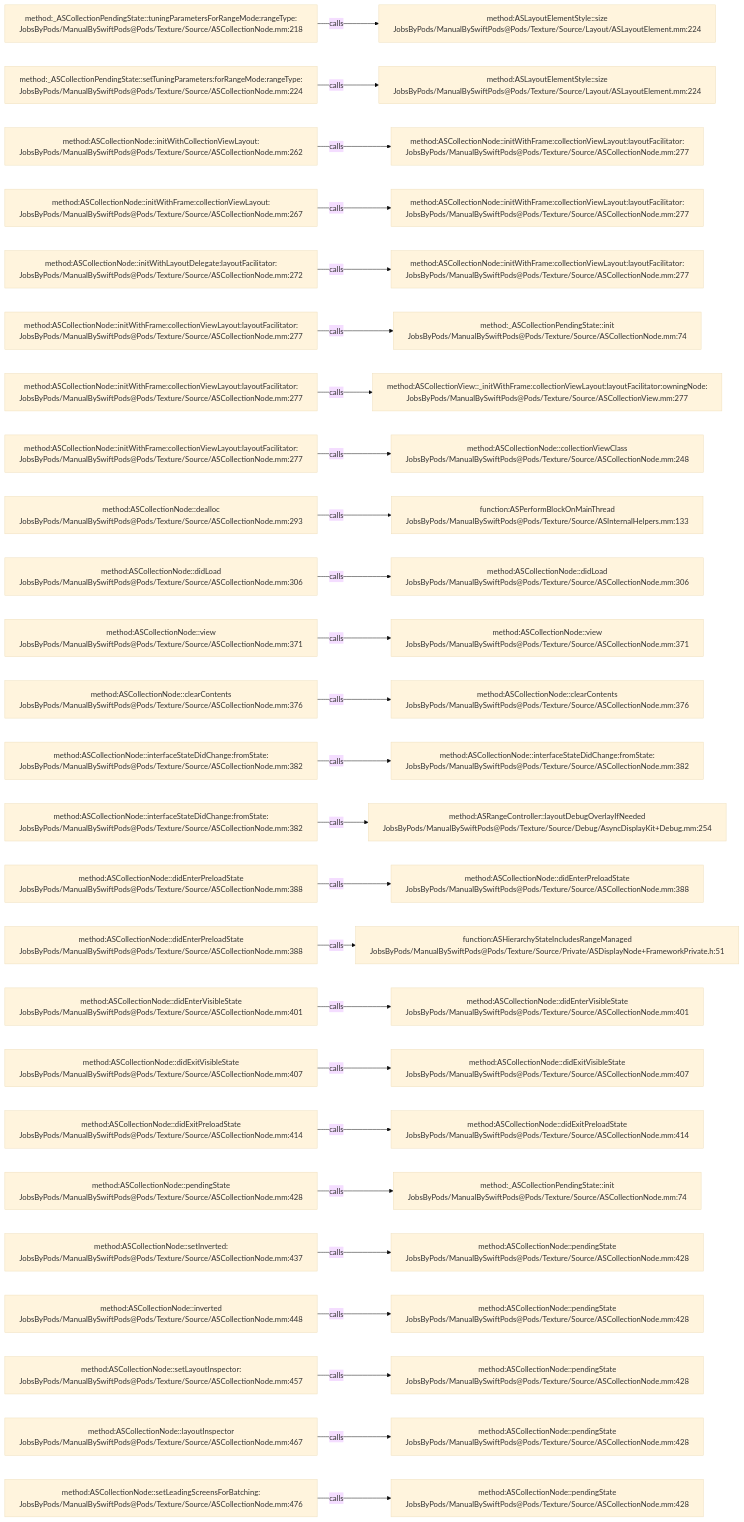
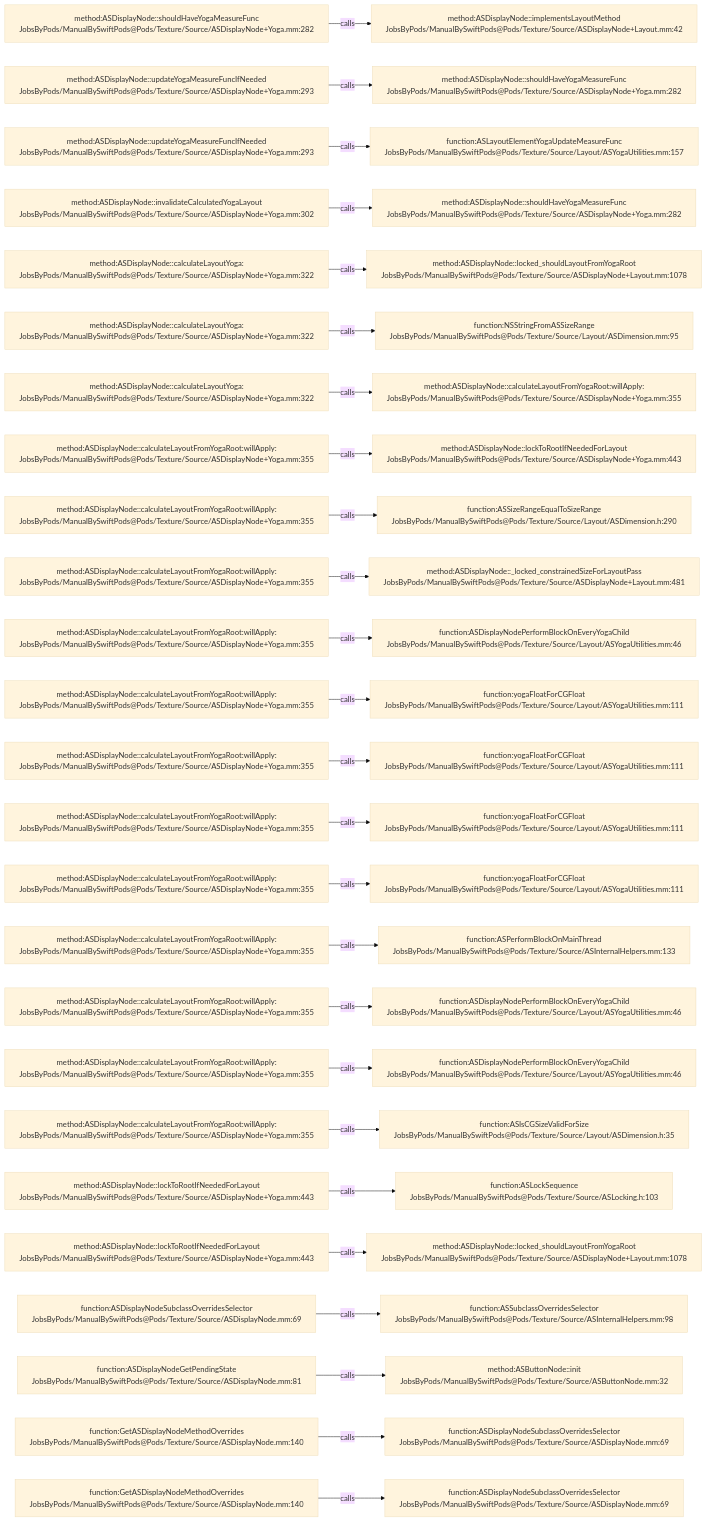
Before and after one commit to JobsKits/JobsSwiftBaseConfigDemo: the diagram in .codegraph/codegraph.md/graphs/calls-026.md, drawn with Mermaid (base theme). The commit also changed 832 other files, not shown here.

````diff
--- a/.codegraph/codegraph.md/graphs/calls-026.md
+++ b/.codegraph/codegraph.md/graphs/calls-026.md
@@ -13,78 +13,78 @@
 ```mermaid
 flowchart LR
-  S1["method:_ASCollectionPendingState::tuningParametersForRangeMode:rangeType:<br/>JobsByPods/ManualBySwiftPods@Pods/Texture/Source/ASCollectionNode.mm:218"]
-  T1["method:ASLayoutElementStyle::size<br/>JobsByPods/ManualBySwiftPods@Pods/Texture/Source/Layout/ASLayoutElement.mm:224"]
+  S1["method:ASDisplayNode::shouldHaveYogaMeasureFunc<br/>JobsByPods/ManualBySwiftPods@Pods/Texture/Source/ASDisplayNode+Yoga.mm:282"]
+  T1["method:ASDisplayNode::implementsLayoutMethod<br/>JobsByPods/ManualBySwiftPods@Pods/Texture/Source/ASDisplayNode+Layout.mm:42"]
   S1 -->|calls| T1
-  S2["method:_ASCollectionPendingState::setTuningParameters:forRangeMode:rangeType:<br/>JobsByPods/ManualBySwiftPods@Pods/Texture/Source/ASCollectionNode.mm:224"]
-  T2["method:ASLayoutElementStyle::size<br/>JobsByPods/ManualBySwiftPods@Pods/Texture/Source/Layout/ASLayoutElement.mm:224"]
+  S2["method:ASDisplayNode::updateYogaMeasureFuncIfNeeded<br/>JobsByPods/ManualBySwiftPods@Pods/Texture/Source/ASDisplayNode+Yoga.mm:293"]
+  T2["method:ASDisplayNode::shouldHaveYogaMeasureFunc<br/>JobsByPods/ManualBySwiftPods@Pods/Texture/Source/ASDisplayNode+Yoga.mm:282"]
   S2 -->|calls| T2
-  S3["method:ASCollectionNode::initWithCollectionViewLayout:<br/>JobsByPods/ManualBySwiftPods@Pods/Texture/Source/ASCollectionNode.mm:262"]
-  T3["method:ASCollectionNode::initWithFrame:collectionViewLayout:layoutFacilitator:<br/>JobsByPods/ManualBySwiftPods@Pods/Texture/Source/ASCollectionNode.mm:277"]
+  S3["method:ASDisplayNode::updateYogaMeasureFuncIfNeeded<br/>JobsByPods/ManualBySwiftPods@Pods/Texture/Source/ASDisplayNode+Yoga.mm:293"]
+  T3["function:ASLayoutElementYogaUpdateMeasureFunc<br/>JobsByPods/ManualBySwiftPods@Pods/Texture/Source/Layout/ASYogaUtilities.mm:157"]
   S3 -->|calls| T3
-  S4["method:ASCollectionNode::initWithFrame:collectionViewLayout:<br/>JobsByPods/ManualBySwiftPods@Pods/Texture/Source/ASCollectionNode.mm:267"]
-  T4["method:ASCollectionNode::initWithFrame:collectionViewLayout:layoutFacilitator:<br/>JobsByPods/ManualBySwiftPods@Pods/Texture/Source/ASCollectionNode.mm:277"]
+  S4["method:ASDisplayNode::invalidateCalculatedYogaLayout<br/>JobsByPods/ManualBySwiftPods@Pods/Texture/Source/ASDisplayNode+Yoga.mm:302"]
+  T4["method:ASDisplayNode::shouldHaveYogaMeasureFunc<br/>JobsByPods/ManualBySwiftPods@Pods/Texture/Source/ASDisplayNode+Yoga.mm:282"]
   S4 -->|calls| T4
-  S5["method:ASCollectionNode::initWithLayoutDelegate:layoutFacilitator:<br/>JobsByPods/ManualBySwiftPods@Pods/Texture/Source/ASCollectionNode.mm:272"]
-  T5["method:ASCollectionNode::initWithFrame:collectionViewLayout:layoutFacilitator:<br/>JobsByPods/ManualBySwiftPods@Pods/Texture/Source/ASCollectionNode.mm:277"]
+  S5["method:ASDisplayNode::calculateLayoutYoga:<br/>JobsByPods/ManualBySwiftPods@Pods/Texture/Source/ASDisplayNode+Yoga.mm:322"]
+  T5["method:ASDisplayNode::locked_shouldLayoutFromYogaRoot<br/>JobsByPods/ManualBySwiftPods@Pods/Texture/Source/ASDisplayNode+Layout.mm:1078"]
   S5 -->|calls| T5
-  S6["method:ASCollectionNode::initWithFrame:collectionViewLayout:layoutFacilitator:<br/>JobsByPods/ManualBySwiftPods@Pods/Texture/Source/ASCollectionNode.mm:277"]
-  T6["method:_ASCollectionPendingState::init<br/>JobsByPods/ManualBySwiftPods@Pods/Texture/Source/ASCollectionNode.mm:74"]
+  S6["method:ASDisplayNode::calculateLayoutYoga:<br/>JobsByPods/ManualBySwiftPods@Pods/Texture/Source/ASDisplayNode+Yoga.mm:322"]
+  T6["function:NSStringFromASSizeRange<br/>JobsByPods/ManualBySwiftPods@Pods/Texture/Source/Layout/ASDimension.mm:95"]
   S6 -->|calls| T6
-  S7["method:ASCollectionNode::initWithFrame:collectionViewLayout:layoutFacilitator:<br/>JobsByPods/ManualBySwiftPods@Pods/Texture/Source/ASCollectionNode.mm:277"]
-  T7["method:ASCollectionView::_initWithFrame:collectionViewLayout:layoutFacilitator:owningNode:<br/>JobsByPods/ManualBySwiftPods@Pods/Texture/Source/ASCollectionView.mm:277"]
+  S7["method:ASDisplayNode::calculateLayoutYoga:<br/>JobsByPods/ManualBySwiftPods@Pods/Texture/Source/ASDisplayNode+Yoga.mm:322"]
+  T7["method:ASDisplayNode::calculateLayoutFromYogaRoot:willApply:<br/>JobsByPods/ManualBySwiftPods@Pods/Texture/Source/ASDisplayNode+Yoga.mm:355"]
   S7 -->|calls| T7
-  S8["method:ASCollectionNode::initWithFrame:collectionViewLayout:layoutFacilitator:<br/>JobsByPods/ManualBySwiftPods@Pods/Texture/Source/ASCollectionNode.mm:277"]
-  T8["method:ASCollectionNode::collectionViewClass<br/>JobsByPods/ManualBySwiftPods@Pods/Texture/Source/ASCollectionNode.mm:248"]
+  S8["method:ASDisplayNode::calculateLayoutFromYogaRoot:willApply:<br/>JobsByPods/ManualBySwiftPods@Pods/Texture/Source/ASDisplayNode+Yoga.mm:355"]
+  T8["method:ASDisplayNode::lockToRootIfNeededForLayout<br/>JobsByPods/ManualBySwiftPods@Pods/Texture/Source/ASDisplayNode+Yoga.mm:443"]
   S8 -->|calls| T8
-  S9["method:ASCollectionNode::dealloc<br/>JobsByPods/ManualBySwiftPods@Pods/Texture/Source/ASCollectionNode.mm:293"]
-  T9["function:ASPerformBlockOnMainThread<br/>JobsByPods/ManualBySwiftPods@Pods/Texture/Source/ASInternalHelpers.mm:133"]
+  S9["method:ASDisplayNode::calculateLayoutFromYogaRoot:willApply:<br/>JobsByPods/ManualBySwiftPods@Pods/Texture/Source/ASDisplayNode+Yoga.mm:355"]
+  T9["function:ASSizeRangeEqualToSizeRange<br/>JobsByPods/ManualBySwiftPods@Pods/Texture/Source/Layout/ASDimension.h:290"]
   S9 -->|calls| T9
-  S10["method:ASCollectionNode::didLoad<br/>JobsByPods/ManualBySwiftPods@Pods/Texture/Source/ASCollectionNode.mm:306"]
-  T10["method:ASCollectionNode::didLoad<br/>JobsByPods/ManualBySwiftPods@Pods/Texture/Source/ASCollectionNode.mm:306"]
+  S10["method:ASDisplayNode::calculateLayoutFromYogaRoot:willApply:<br/>JobsByPods/ManualBySwiftPods@Pods/Texture/Source/ASDisplayNode+Yoga.mm:355"]
+  T10["method:ASDisplayNode::_locked_constrainedSizeForLayoutPass<br/>JobsByPods/ManualBySwiftPods@Pods/Texture/Source/ASDisplayNode+Layout.mm:481"]
   S10 -->|calls| T10
-  S11["method:ASCollectionNode::view<br/>JobsByPods/ManualBySwiftPods@Pods/Texture/Source/ASCollectionNode.mm:371"]
-  T11["method:ASCollectionNode::view<br/>JobsByPods/ManualBySwiftPods@Pods/Texture/Source/ASCollectionNode.mm:371"]
+  S11["method:ASDisplayNode::calculateLayoutFromYogaRoot:willApply:<br/>JobsByPods/ManualBySwiftPods@Pods/Texture/Source/ASDisplayNode+Yoga.mm:355"]
+  T11["function:ASDisplayNodePerformBlockOnEveryYogaChild<br/>JobsByPods/ManualBySwiftPods@Pods/Texture/Source/Layout/ASYogaUtilities.mm:46"]
   S11 -->|calls| T11
-  S12["method:ASCollectionNode::clearContents<br/>JobsByPods/ManualBySwiftPods@Pods/Texture/Source/ASCollectionNode.mm:376"]
-  T12["method:ASCollectionNode::clearContents<br/>JobsByPods/ManualBySwiftPods@Pods/Texture/Source/ASCollectionNode.mm:376"]
+  S12["method:ASDisplayNode::calculateLayoutFromYogaRoot:willApply:<br/>JobsByPods/ManualBySwiftPods@Pods/Texture/Source/ASDisplayNode+Yoga.mm:355"]
+  T12["function:yogaFloatForCGFloat<br/>JobsByPods/ManualBySwiftPods@Pods/Texture/Source/Layout/ASYogaUtilities.mm:111"]
   S12 -->|calls| T12
-  S13["method:ASCollectionNode::interfaceStateDidChange:fromState:<br/>JobsByPods/ManualBySwiftPods@Pods/Texture/Source/ASCollectionNode.mm:382"]
-  T13["method:ASCollectionNode::interfaceStateDidChange:fromState:<br/>JobsByPods/ManualBySwiftPods@Pods/Texture/Source/ASCollectionNode.mm:382"]
+  S13["method:ASDisplayNode::calculateLayoutFromYogaRoot:willApply:<br/>JobsByPods/ManualBySwiftPods@Pods/Texture/Source/ASDisplayNode+Yoga.mm:355"]
+  T13["function:yogaFloatForCGFloat<br/>JobsByPods/ManualBySwiftPods@Pods/Texture/Source/Layout/ASYogaUtilities.mm:111"]
   S13 -->|calls| T13
-  S14["method:ASCollectionNode::interfaceStateDidChange:fromState:<br/>JobsByPods/ManualBySwiftPods@Pods/Texture/Source/ASCollectionNode.mm:382"]
-  T14["method:ASRangeController::layoutDebugOverlayIfNeeded<br/>JobsByPods/ManualBySwiftPods@Pods/Texture/Source/Debug/AsyncDisplayKit+Debug.mm:254"]
+  S14["method:ASDisplayNode::calculateLayoutFromYogaRoot:willApply:<br/>JobsByPods/ManualBySwiftPods@Pods/Texture/Source/ASDisplayNode+Yoga.mm:355"]
+  T14["function:yogaFloatForCGFloat<br/>JobsByPods/ManualBySwiftPods@Pods/Texture/Source/Layout/ASYogaUtilities.mm:111"]
   S14 -->|calls| T14
-  S15["method:ASCollectionNode::didEnterPreloadState<br/>JobsByPods/ManualBySwiftPods@Pods/Texture/Source/ASCollectionNode.mm:388"]
-  T15["method:ASCollectionNode::didEnterPreloadState<br/>JobsByPods/ManualBySwiftPods@Pods/Texture/Source/ASCollectionNode.mm:388"]
+  S15["method:ASDisplayNode::calculateLayoutFromYogaRoot:willApply:<br/>JobsByPods/ManualBySwiftPods@Pods/Texture/Source/ASDisplayNode+Yoga.mm:355"]
+  T15["function:yogaFloatForCGFloat<br/>JobsByPods/ManualBySwiftPods@Pods/Texture/Source/Layout/ASYogaUtilities.mm:111"]
   S15 -->|calls| T15
-  S16["method:ASCollectionNode::didEnterPreloadState<br/>JobsByPods/ManualBySwiftPods@Pods/Texture/Source/ASCollectionNode.mm:388"]
-  T16["function:ASHierarchyStateIncludesRangeManaged<br/>JobsByPods/ManualBySwiftPods@Pods/Texture/Source/Private/ASDisplayNode+FrameworkPrivate.h:51"]
+  S16["method:ASDisplayNode::calculateLayoutFromYogaRoot:willApply:<br/>JobsByPods/ManualBySwiftPods@Pods/Texture/Source/ASDisplayNode+Yoga.mm:355"]
+  T16["function:ASPerformBlockOnMainThread<br/>JobsByPods/ManualBySwiftPods@Pods/Texture/Source/ASInternalHelpers.mm:133"]
   S16 -->|calls| T16
-  S17["method:ASCollectionNode::didEnterVisibleState<br/>JobsByPods/ManualBySwiftPods@Pods/Texture/Source/ASCollectionNode.mm:401"]
-  T17["method:ASCollectionNode::didEnterVisibleState<br/>JobsByPods/ManualBySwiftPods@Pods/Texture/Source/ASCollectionNode.mm:401"]
+  S17["method:ASDisplayNode::calculateLayoutFromYogaRoot:willApply:<br/>JobsByPods/ManualBySwiftPods@Pods/Texture/Source/ASDisplayNode+Yoga.mm:355"]
+  T17["function:ASDisplayNodePerformBlockOnEveryYogaChild<br/>JobsByPods/ManualBySwiftPods@Pods/Texture/Source/Layout/ASYogaUtilities.mm:46"]
   S17 -->|calls| T17
-  S18["method:ASCollectionNode::didExitVisibleState<br/>JobsByPods/ManualBySwiftPods@Pods/Texture/Source/ASCollectionNode.mm:407"]
-  T18["method:ASCollectionNode::didExitVisibleState<br/>JobsByPods/ManualBySwiftPods@Pods/Texture/Source/ASCollectionNode.mm:407"]
+  S18["method:ASDisplayNode::calculateLayoutFromYogaRoot:willApply:<br/>JobsByPods/ManualBySwiftPods@Pods/Texture/Source/ASDisplayNode+Yoga.mm:355"]
+  T18["function:ASDisplayNodePerformBlockOnEveryYogaChild<br/>JobsByPods/ManualBySwiftPods@Pods/Texture/Source/Layout/ASYogaUtilities.mm:46"]
   S18 -->|calls| T18
-  S19["method:ASCollectionNode::didExitPreloadState<br/>JobsByPods/ManualBySwiftPods@Pods/Texture/Source/ASCollectionNode.mm:414"]
-  T19["method:ASCollectionNode::didExitPreloadState<br/>JobsByPods/ManualBySwiftPods@Pods/Texture/Source/ASCollectionNode.mm:414"]
+  S19["method:ASDisplayNode::calculateLayoutFromYogaRoot:willApply:<br/>JobsByPods/ManualBySwiftPods@Pods/Texture/Source/ASDisplayNode+Yoga.mm:355"]
+  T19["function:ASIsCGSizeValidForSize<br/>JobsByPods/ManualBySwiftPods@Pods/Texture/Source/Layout/ASDimension.h:35"]
   S19 -->|calls| T19
-  S20["method:ASCollectionNode::pendingState<br/>JobsByPods/ManualBySwiftPods@Pods/Texture/Source/ASCollectionNode.mm:428"]
-  T20["method:_ASCollectionPendingState::init<br/>JobsByPods/ManualBySwiftPods@Pods/Texture/Source/ASCollectionNode.mm:74"]
+  S20["method:ASDisplayNode::lockToRootIfNeededForLayout<br/>JobsByPods/ManualBySwiftPods@Pods/Texture/Source/ASDisplayNode+Yoga.mm:443"]
+  T20["function:ASLockSequence<br/>JobsByPods/ManualBySwiftPods@Pods/Texture/Source/ASLocking.h:103"]
   S20 -->|calls| T20
-  S21["method:ASCollectionNode::setInverted:<br/>JobsByPods/ManualBySwiftPods@Pods/Texture/Source/ASCollectionNode.mm:437"]
-  T21["method:ASCollectionNode::pendingState<br/>JobsByPods/ManualBySwiftPods@Pods/Texture/Source/ASCollectionNode.mm:428"]
+  S21["method:ASDisplayNode::lockToRootIfNeededForLayout<br/>JobsByPods/ManualBySwiftPods@Pods/Texture/Source/ASDisplayNode+Yoga.mm:443"]
+  T21["method:ASDisplayNode::locked_shouldLayoutFromYogaRoot<br/>JobsByPods/ManualBySwiftPods@Pods/Texture/Source/ASDisplayNode+Layout.mm:1078"]
   S21 -->|calls| T21
-  S22["method:ASCollectionNode::inverted<br/>JobsByPods/ManualBySwiftPods@Pods/Texture/Source/ASCollectionNode.mm:448"]
-  T22["method:ASCollectionNode::pendingState<br/>JobsByPods/ManualBySwiftPods@Pods/Texture/Source/ASCollectionNode.mm:428"]
+  S22["function:ASDisplayNodeSubclassOverridesSelector<br/>JobsByPods/ManualBySwiftPods@Pods/Texture/Source/ASDisplayNode.mm:69"]
+  T22["function:ASSubclassOverridesSelector<br/>JobsByPods/ManualBySwiftPods@Pods/Texture/Source/ASInternalHelpers.mm:98"]
   S22 -->|calls| T22
-  S23["method:ASCollectionNode::setLayoutInspector:<br/>JobsByPods/ManualBySwiftPods@Pods/Texture/Source/ASCollectionNode.mm:457"]
-  T23["method:ASCollectionNode::pendingState<br/>JobsByPods/ManualBySwiftPods@Pods/Texture/Source/ASCollectionNode.mm:428"]
+  S23["function:ASDisplayNodeGetPendingState<br/>JobsByPods/ManualBySwiftPods@Pods/Texture/Source/ASDisplayNode.mm:81"]
+  T23["method:ASButtonNode::init<br/>JobsByPods/ManualBySwiftPods@Pods/Texture/Source/ASButtonNode.mm:32"]
   S23 -->|calls| T23
-  S24["method:ASCollectionNode::layoutInspector<br/>JobsByPods/ManualBySwiftPods@Pods/Texture/Source/ASCollectionNode.mm:467"]
-  T24["method:ASCollectionNode::pendingState<br/>JobsByPods/ManualBySwiftPods@Pods/Texture/Source/ASCollectionNode.mm:428"]
+  S24["function:GetASDisplayNodeMethodOverrides<br/>JobsByPods/ManualBySwiftPods@Pods/Texture/Source/ASDisplayNode.mm:140"]
+  T24["function:ASDisplayNodeSubclassOverridesSelector<br/>JobsByPods/ManualBySwiftPods@Pods/Texture/Source/ASDisplayNode.mm:69"]
   S24 -->|calls| T24
-  S25["method:ASCollectionNode::setLeadingScreensForBatching:<br/>JobsByPods/ManualBySwiftPods@Pods/Texture/Source/ASCollectionNode.mm:476"]
-  T25["method:ASCollectionNode::pendingState<br/>JobsByPods/ManualBySwiftPods@Pods/Texture/Source/ASCollectionNode.mm:428"]
+  S25["function:GetASDisplayNodeMethodOverrides<br/>JobsByPods/ManualBySwiftPods@Pods/Texture/Source/ASDisplayNode.mm:140"]
+  T25["function:ASDisplayNodeSubclassOverridesSelector<br/>JobsByPods/ManualBySwiftPods@Pods/Texture/Source/ASDisplayNode.mm:69"]
   S25 -->|calls| T25
 ```
````
